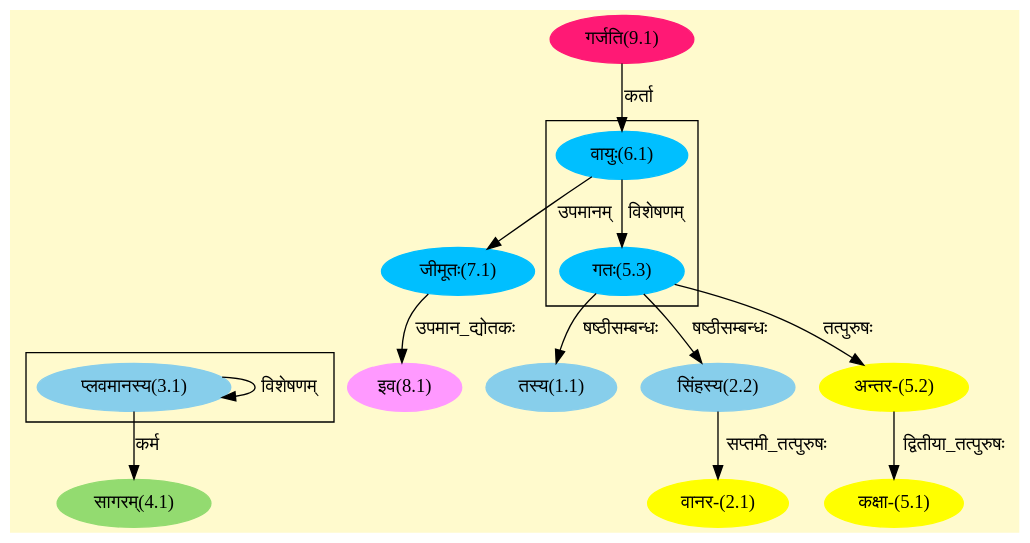
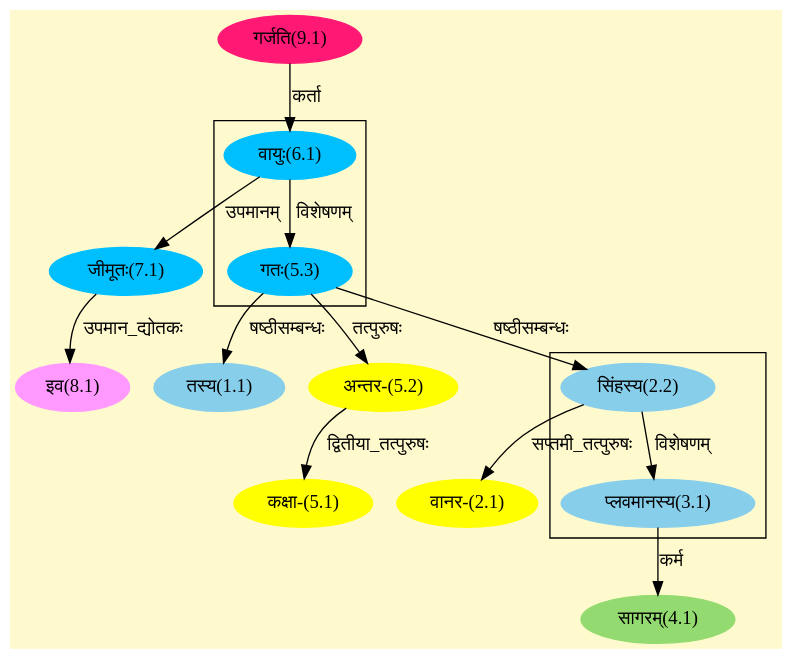
The diagram in assets/graphs/01_062_1.dot (amarranjan1/skd.github.io), drawn with Graphviz before and after one commit. The commit also changed 258 other files, not shown here.

```diff
--- a/assets/graphs/01_062_1.dot
+++ b/assets/graphs/01_062_1.dot
@@ -1,42 +1,42 @@
 digraph G{
 rankdir=BT;
  compound=true;
  bgcolor="lemonchiffon1";
 
 subgraph cluster_1{
 Node3_1 [style=filled, color="#87CEEB" label = "प्लवमानस्य(3.1)"]
-Node3_1 [style=filled, color="#87CEEB" label = "प्लवमानस्य(3.1)"]
+Node2_2 [style=filled, color="#87CEEB" label = "सिंहस्य(2.2)"]
 
 }
 
 subgraph cluster_2{
 Node5_3 [style=filled, color="#00BFFF" label = "गतः(5.3)"]
 Node6_1 [style=filled, color="#00BFFF" label = "वायुः(6.1)"]
 
 }
 Node1_1 [style=filled, color="#87CEEB" label = "तस्य(1.1)"]
 Node5_3 [style=filled, color="#00BFFF" label = "गतः(5.3)"]
 Node2_1 [style=filled, color="#FFFF00" label = "वानर-(2.1)"]
 Node2_2 [style=filled, color="#87CEEB" label = "सिंहस्य(2.2)"]
 Node4_1 [style=filled, color="#93DB70" label = "सागरम्(4.1)"]
 Node3_1 [style=filled, color="#87CEEB" label = "प्लवमानस्य(3.1)"]
 Node5_1 [style=filled, color="#FFFF00" label = "कक्षा-(5.1)"]
 Node5_2 [style=filled, color="#FFFF00" label = "अन्तर-(5.2)"]
 Node6_1 [style=filled, color="#00BFFF" label = "वायुः(6.1)"]
 Node9_1 [style=filled, color="#FF1975" label = "गर्जति(9.1)"]
 Node7_1 [style=filled, color="#00BFFF" label = "जीमूतः(7.1)"]
 Node8_1 [style=filled, color="#FF99FF" label = "इव(8.1)"]
 /* Start of Relations section */
 
 Node1_1 -> Node5_3 [  label="षष्ठीसम्बन्धः"  dir="back" ]
 Node2_1 -> Node2_2 [  label="सप्तमी_तत्पुरुषः"  dir="back" ]
 Node2_2 -> Node5_3 [  label="षष्ठीसम्बन्धः"  dir="back" ]
-Node3_1 -> Node3_1 [  label="विशेषणम्"  dir="back" ]
+Node3_1 -> Node2_2 [  label="विशेषणम्"  dir="back" ]
 Node4_1 -> Node3_1 [  label="कर्म"  dir="back" ]
 Node5_1 -> Node5_2 [  label="द्वितीया_तत्पुरुषः"  dir="back" ]
 Node5_2 -> Node5_3 [  label="तत्पुरुषः"  dir="back" ]
 Node5_3 -> Node6_1 [  label="विशेषणम्"  dir="back" ]
 Node6_1 -> Node9_1 [  label="कर्ता"  dir="back" ]
 Node7_1 -> Node6_1 [  label="उपमानम्"  dir="back" ]
 Node8_1 -> Node7_1 [  label="उपमान_द्योतकः"  dir="back" ]
 }
```
